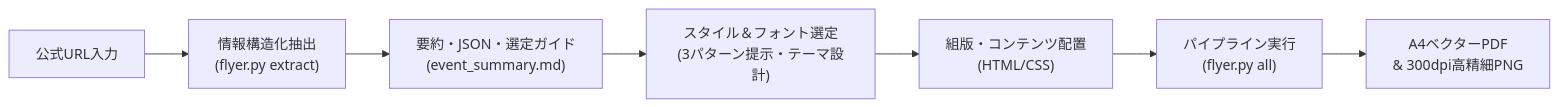
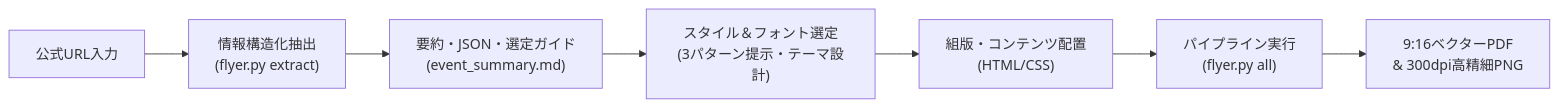
The diagram in skills/event-tokutenkai/SKILL.md (fukubaya/event-tokutenkai-plugin), drawn with Mermaid before and after one commit. The commit also changed other lines of this file and 23 other files, not shown here.

````diff
--- a/skills/event-tokutenkai/SKILL.md
+++ b/skills/event-tokutenkai/SKILL.md
@@ -15,9 +15,9 @@
 ```mermaid
 flowchart LR
     A0["公式URL入力"] --> A["情報構造化抽出<br/>(flyer.py extract)"]
     A --> B["要約・JSON・選定ガイド<br/>(event_summary.md)"]
     B --> C["スタイル＆フォント選定<br/>(3パターン提示・テーマ設計)"]
     C --> D["組版・コンテンツ配置<br/>(HTML/CSS)"]
     D --> E["パイプライン実行<br/>(flyer.py all)"]
-    E --> F["A4ベクターPDF<br/>& 300dpi高精細PNG"]
+    E --> F["9:16ベクターPDF<br/>& 300dpi高精細PNG"]
 ```
````
